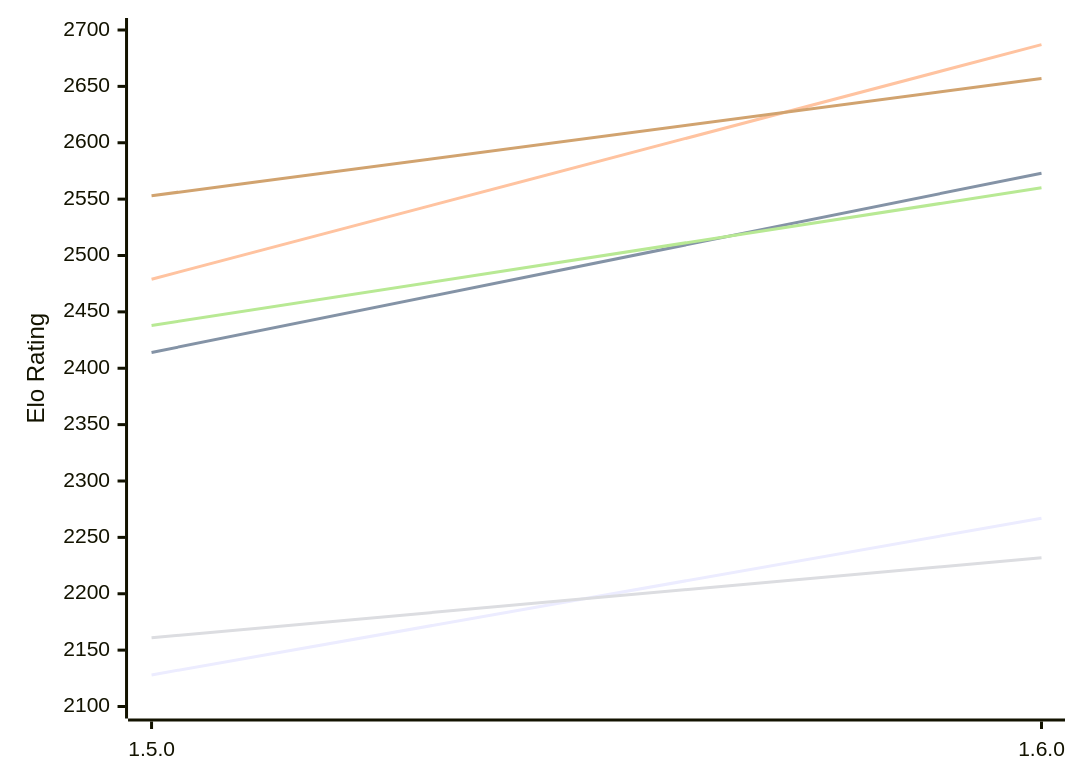
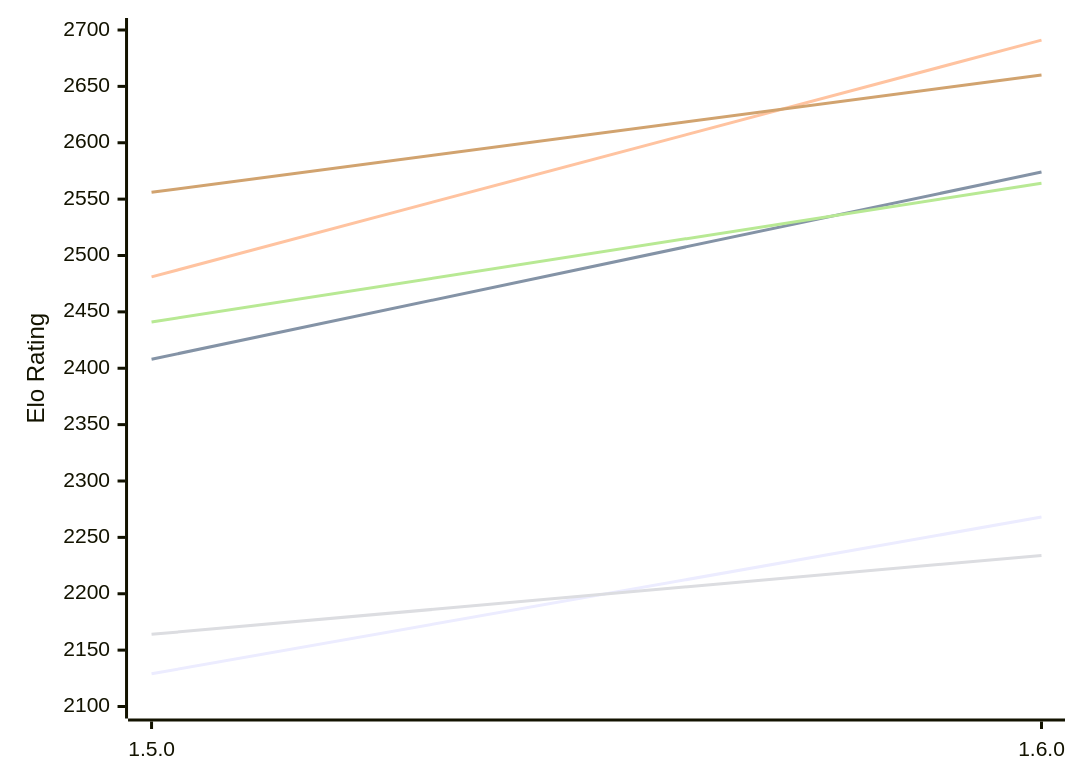
One commit to computer-chess-index/cci changed the first of 2 diagrams in engines/Tofiks.md. Above: the diagram before and after it, drawn with Mermaid. The commit also changed other lines of this file, not shown here.

Commit message:
Update CCI Ratings (ELO VLTC) - 2026-11-24

````diff
--- a/engines/Tofiks.md
+++ b/engines/Tofiks.md
@@ -51,12 +51,12 @@
 ```mermaid
 %%{init: {"theme":"base","themeVariables":{"seriesColors:['#a3a3a3','#222221','#faa371']}}}%%
 xychart-beta
   x-axis ["1.5.0", "1.6.0"]
   y-axis "Elo Rating" 2100 --> 2700
-  line "E1: STC (8.0+0.08s)" [2128, 2267]
-  line "E1: LTC (60.0+0.60s)" [2414, 2573]
-  line "E1: VLTC (2m24s+1.12s)" [2479, 2687]
-  line "P1: STC (8.0+0.08s)" [2161, 2232]
-  line "P1: LTC (60.0+0.60s)" [2438, 2560]
-  line "P1: VLTC (2m24s+1.12s)" [2553, 2657]
+  line "E1: STC (8.0+0.08s)" [2129, 2268]
+  line "E1: LTC (60.0+0.60s)" [2408, 2574]
+  line "E1: VLTC (2m24s+1.12s)" [2481, 2691]
+  line "P1: STC (8.0+0.08s)" [2164, 2234]
+  line "P1: LTC (60.0+0.60s)" [2441, 2564]
+  line "P1: VLTC (2m24s+1.12s)" [2556, 2660]
 ```
````
